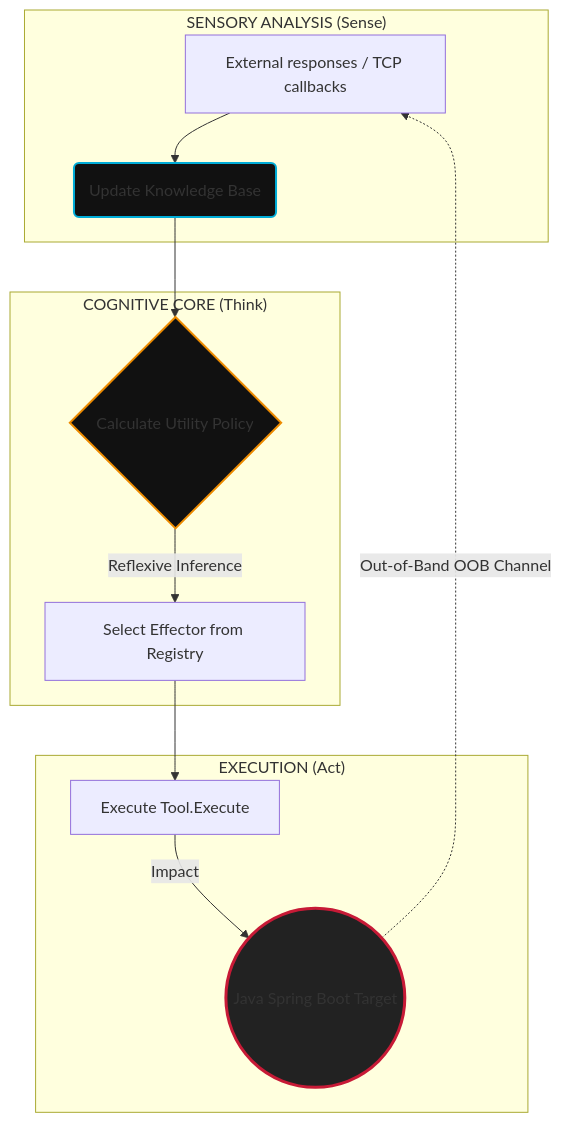
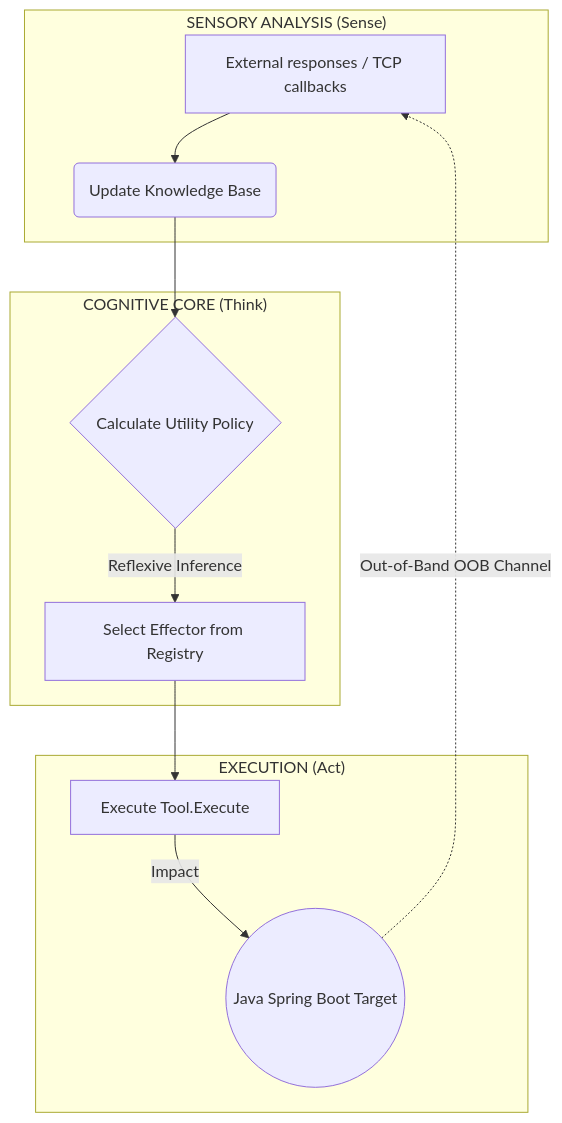
The first of 3 diagrams in README.en.md (C00LN3T/Log4ShellAuditor), drawn with Mermaid before and after one commit. The commit also changed other lines of this file and 1 other file, not shown here.

Commit message:
fix: resolve Mermaid syntax brackets error and remove dark styles causing unreadable text in light mode

````diff
--- a/README.en.md
+++ b/README.en.md
@@ -20,19 +20,15 @@
 ```mermaid
 graph TD
     subgraph "SENSORY ANALYSIS (Sense)"
         A[External responses / TCP callbacks] --> B(Update Knowledge Base)
     end
     subgraph "COGNITIVE CORE (Think)"
         B --> C{Calculate Utility Policy}
         C -->|Reflexive Inference| D[Select Effector from Registry]
     end
     subgraph "EXECUTION (Act)"
         D --> E[Execute Tool.Execute]
         E -->|Impact| F((Java Spring Boot Target))
         F -.->|Out-of-Band OOB Channel| A
     end
-    
-    style B fill:#111,stroke:#00ADD8,stroke-width:2px;
-    style C fill:#111,stroke:#ED8B00,stroke-width:2px;
-    style F fill:#222,stroke:#C71A36,stroke-width:3px;
 ```
````
